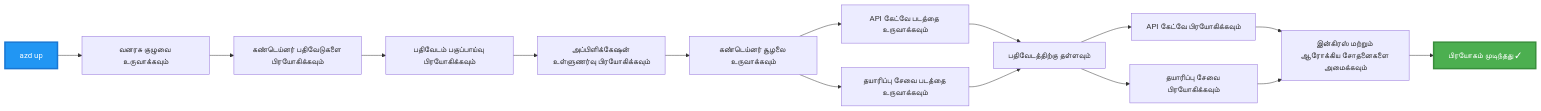
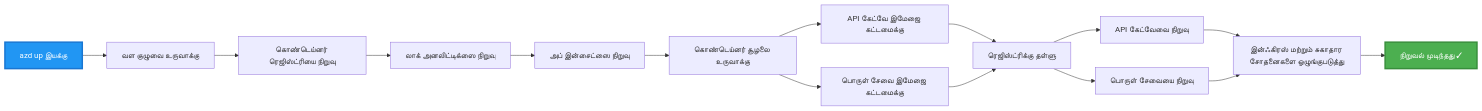
Before and after one commit to microsoft/AZD-for-beginners: the third of 4 diagrams in translations/ta/examples/microservices/README.md, drawn with Mermaid. The commit also changed other lines of this file and 245 other files, not shown here.

````diff
--- a/translations/ta/examples/microservices/README.md
+++ b/translations/ta/examples/microservices/README.md
@@ -242,20 +233,20 @@
 ```mermaid
 graph LR
-    A[azd up] --> B[வனரசு குழுவை உருவாக்கவும்]
-    B --> C[கண்டெய்னர் பதிவேடுகளை பிரயோகிக்கவும்]
-    C --> D[பதிவேடம் பகுப்பாய்வு பிரயோகிக்கவும்]
-    D --> E[அப்பிளிக்கேஷன் உள்ளுணர்வு பிரயோகிக்கவும்]
-    E --> F[கண்டெய்னர் சூழலை உருவாக்கவும்]
-    F --> G[API கேட்வே படத்தை உருவாக்கவும்]
-    F --> H[தயாரிப்பு சேவை படத்தை உருவாக்கவும்]
-    G --> I[பதிவேடத்திற்கு தள்ளவும்]
+    A[azd up இயக்கு] --> B[வள குழுவை உருவாக்கு]
+    B --> C[கொண்டெய்னர் ரெஜிஸ்ட்ரியை நிறுவு]
+    C --> D[லாக் அனலிட்டிக்ஸை நிறுவு]
+    D --> E[அப் இன்சைட்ஸை நிறுவு]
+    E --> F[கொண்டெய்னர் சூழலை உருவாக்கு]
+    F --> G[API கேட்வே இமேஜை கட்டமைக்கு]
+    F --> H[பொருள் சேவை இமேஜை கட்டமைக்கு]
+    G --> I[ரெஜிஸ்ட்ரிக்கு தள்ளு]
     H --> I
-    I --> J[API கேட்வே பிரயோகிக்கவும்]
-    I --> K[தயாரிப்பு சேவை பிரயோகிக்கவும்]
-    J --> L[இன்கிரஸ் மற்றும் ஆரோக்கிய சோதனைகளை அமைக்கவும்]
+    I --> J[API கேட்வேவை நிறுவு]
+    I --> K[பொருள் சேவையை நிறுவு]
+    J --> L[இன்ஃகிரஸ் மற்றும் சுகாதார சோதனைகளை ஒழுங்குபடுத்து]
     K --> L
-    L --> M[பிரயோகம் முடிந்தது ✓]
+    L --> M[நிறுவல் முடிந்தது ✓]
     
     style A fill:#2196F3,stroke:#1976D2,stroke-width:3px,color:#fff
     style M fill:#4CAF50,stroke:#388E3C,stroke-width:3px,color:#fff
 ```
````
